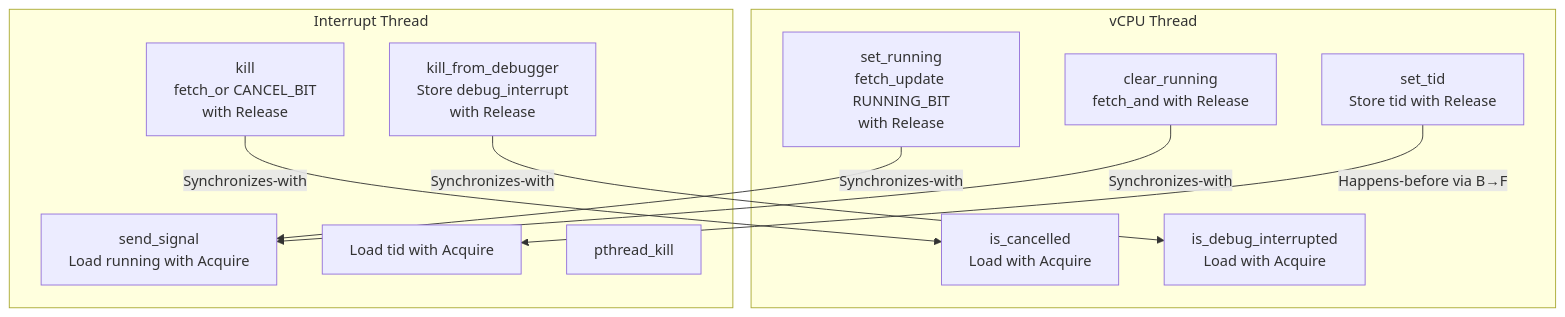
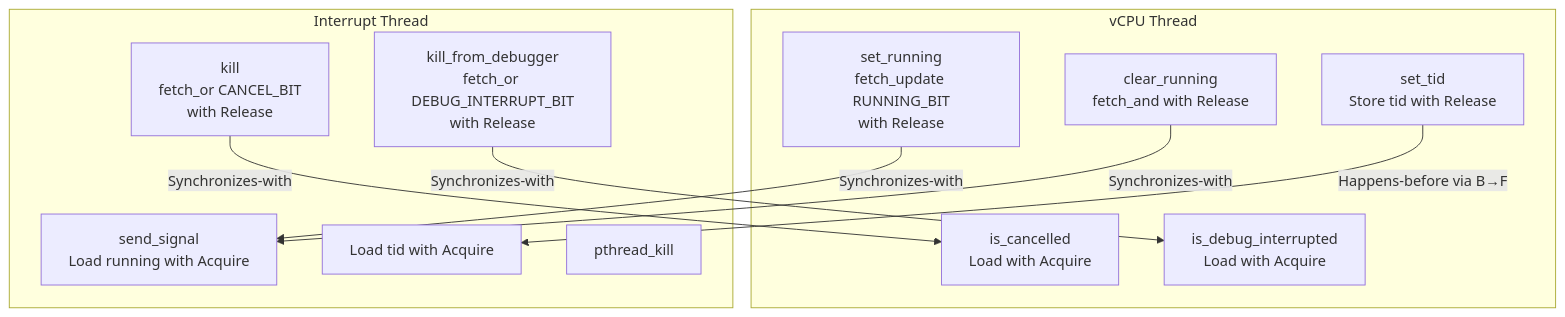
Before and after one commit to hyperlight-dev/hyperlight: the third of 3 diagrams in docs/cancellation.md, drawn with Mermaid. The commit also changed other lines of this file and 4 other files, not shown here.

Commit message:
Move debug_interrupt AtomicBool into state AtomicU64

````diff
--- a/docs/cancellation.md
+++ b/docs/cancellation.md
@@ -197,24 +197,24 @@
 ```mermaid
 graph TB
     subgraph "vCPU Thread"
         A[set_tid<br/>Store tid with Release]
         B[set_running<br/>fetch_update RUNNING_BIT<br/>with Release]
         C[is_cancelled<br/>Load with Acquire]
         D[clear_running<br/>fetch_and with Release]
         J[is_debug_interrupted<br/>Load with Acquire]
     end
     
     subgraph "Interrupt Thread"
         E[kill<br/>fetch_or CANCEL_BIT<br/>with Release]
         F[send_signal<br/>Load running with Acquire]
         G[Load tid with Acquire]
         H[pthread_kill]
-        I[kill_from_debugger<br/>Store debug_interrupt<br/>with Release]
+        I[kill_from_debugger<br/>fetch_or DEBUG_INTERRUPT_BIT<br/>with Release]
     end
     
     B -->|Synchronizes-with| F
     A -->|Happens-before via B→F| G
     E -->|Synchronizes-with| C
     D -->|Synchronizes-with| F
     I -->|Synchronizes-with| J
 ```
````
